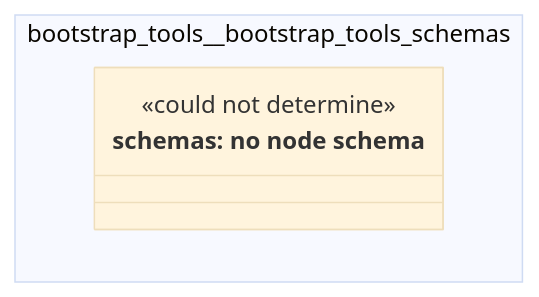
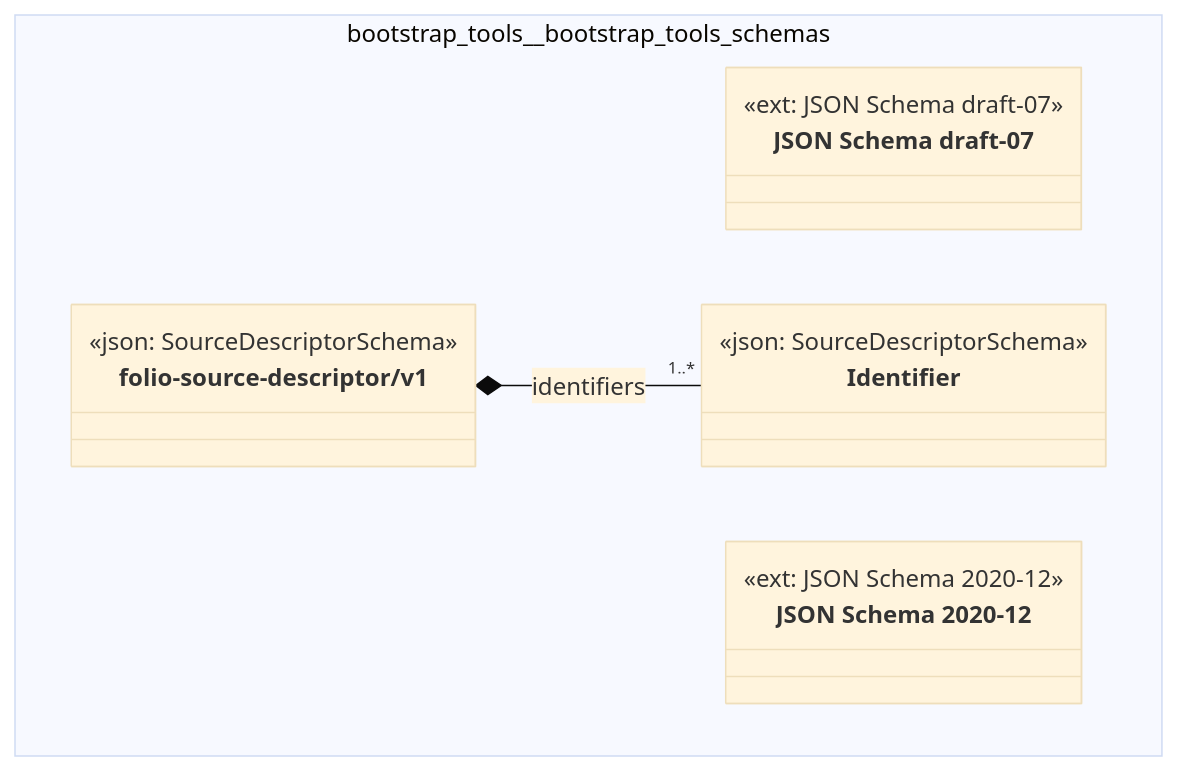
Before and after one commit to litlfred/folio-assistant: the diagram in cat-harness/docs/uml/overview/bootstrap-tools.md, drawn with Mermaid (base theme). The commit also changed other lines of this file and 220 other files, not shown here.

First line of the commit message:
quda: register node schemas for the graph kinds that had none

````diff
--- a/cat-harness/docs/uml/overview/bootstrap-tools.md
+++ b/cat-harness/docs/uml/overview/bootstrap-tools.md
@@ -12,11 +12,23 @@
 ```mermaid
 classDiagram
   direction TB
   namespace bootstrap_tools__bootstrap_tools_schemas {
-    class n_bootstrap_tools_bootstrap_tools_schemas_schemas["schemas: no node schema"] {
-      <<could not determine>>
+    class bootstrap_tools_bootstrap_tools_schemas_http___json_schema_org_draft_07_schema_["JSON Schema draft-07"] {
+      <<ext: JSON Schema draft-07>>
+    }
+    class bootstrap_tools_bootstrap_tools_schemas_https___json_schema_org_draft_2020_12_schema["JSON Schema 2020-12"] {
+      <<ext: JSON Schema 2020-12>>
+    }
+    class bootstrap_tools_bootstrap_tools_schemas_folio_source_descriptor_v1_Identifier["Identifier"] {
+      <<json: SourceDescriptorSchema>>
+    }
+    class bootstrap_tools_bootstrap_tools_schemas_folio_source_descriptor_v1_folio_source_descriptor_v1["folio-source-descriptor/v1"] {
+      <<json: SourceDescriptorSchema>>
     }
   }
-  cssClass "n_bootstrap_tools_bootstrap_tools_schemas_schemas" fa_uml_kind_schemas
-  cssClass "n_bootstrap_tools_bootstrap_tools_schemas_schemas" fa_uml_undetermined
+  bootstrap_tools_bootstrap_tools_schemas_folio_source_descriptor_v1_folio_source_descriptor_v1 *-- "1..*" bootstrap_tools_bootstrap_tools_schemas_folio_source_descriptor_v1_Identifier : identifiers
+  cssClass "bootstrap_tools_bootstrap_tools_schemas_http___json_schema_org_draft_07_schema_" fa_uml_kind_schemas
+  cssClass "bootstrap_tools_bootstrap_tools_schemas_https___json_schema_org_draft_2020_12_schema" fa_uml_kind_schemas
+  cssClass "bootstrap_tools_bootstrap_tools_schemas_folio_source_descriptor_v1_Identifier" fa_uml_kind_schemas
+  cssClass "bootstrap_tools_bootstrap_tools_schemas_folio_source_descriptor_v1_folio_source_descriptor_v1" fa_uml_kind_schemas
 ```
````
